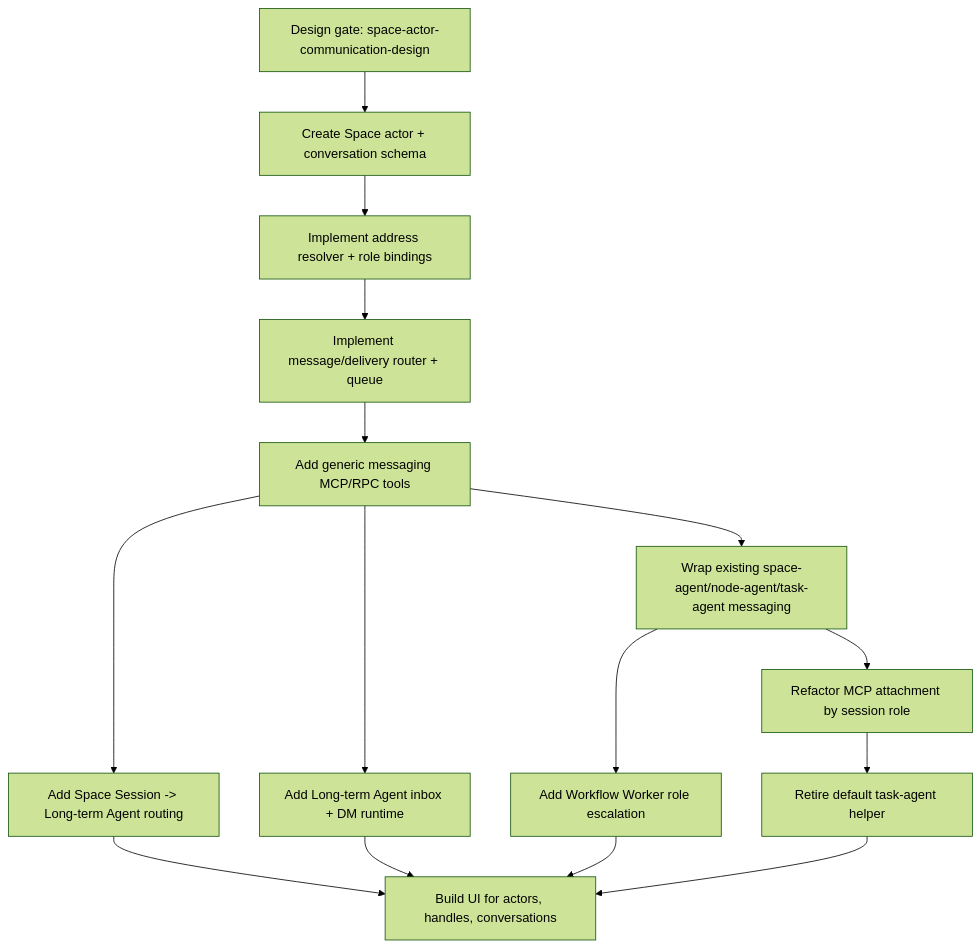
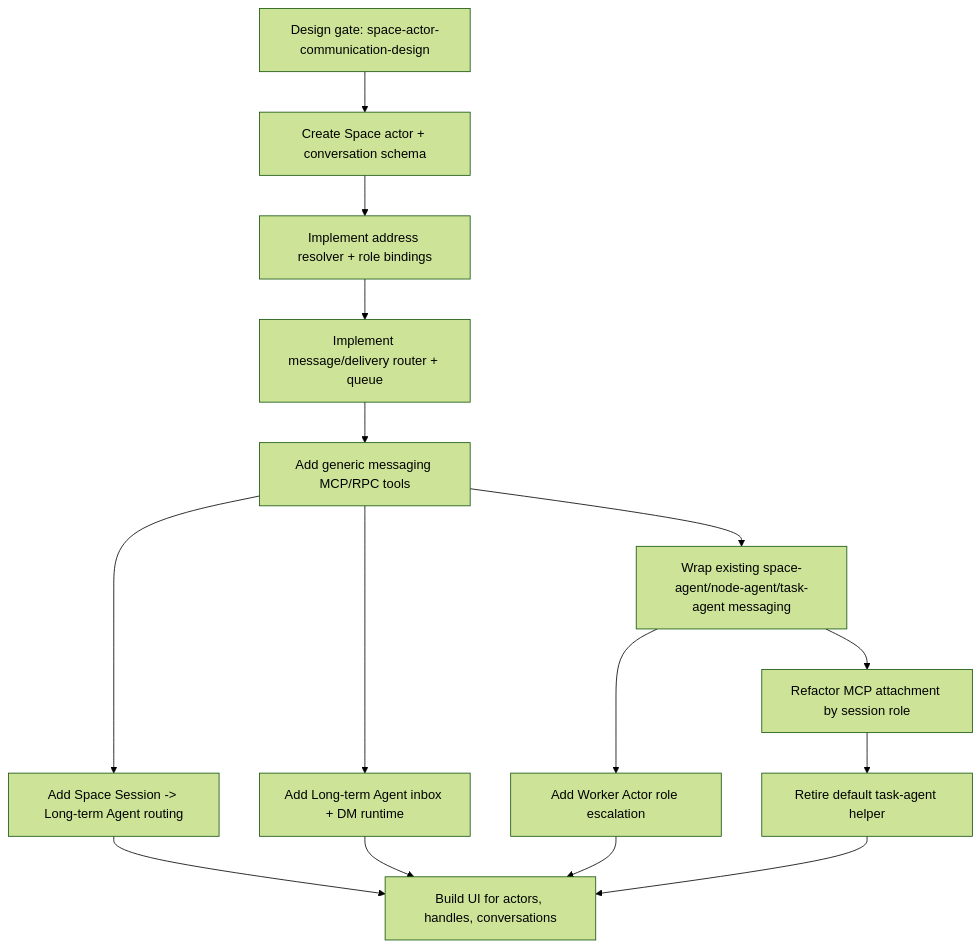
The diagram in docs/design/space-actor-communication-design.md (lsm/neokai), drawn with Mermaid (forest theme) before and after one commit. The commit also changed other lines of this file, not shown here.

````diff
--- a/docs/design/space-actor-communication-design.md
+++ b/docs/design/space-actor-communication-design.md
@@ -865,30 +898,30 @@
 ```mermaid
 flowchart TD
 	A[Design gate: space-actor-communication-design]
 	B[Create Space actor + conversation schema]
 	C[Implement address resolver + role bindings]
 	D[Implement message/delivery router + queue]
 	E[Add generic messaging MCP/RPC tools]
 	F[Wrap existing space-agent/node-agent/task-agent messaging]
 	G[Refactor MCP attachment by session role]
 	H[Add Space Session -> Long-term Agent routing]
 	I[Add Long-term Agent inbox + DM runtime]
-	J[Add Workflow Worker role escalation]
+	J[Add Worker Actor role escalation]
 	K[Retire default task-agent helper]
 	L[Build UI for actors, handles, conversations]
 
 	A --> B
 	B --> C
 	C --> D
 	D --> E
 	E --> F
 	E --> H
 	E --> I
 	F --> G
 	F --> J
 	G --> K
 	H --> L
 	I --> L
 	J --> L
 	K --> L
 ```
````
